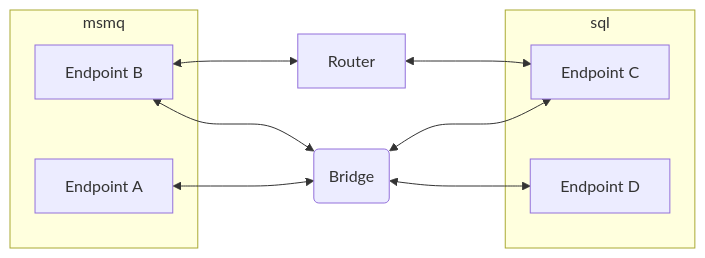
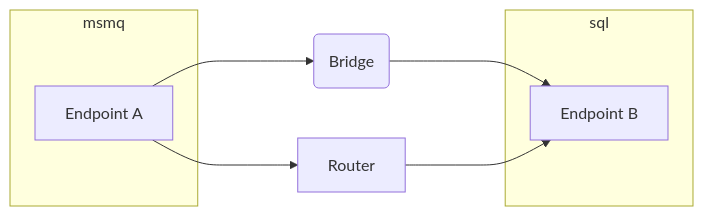
Before and after one commit to Particular/docs.particular.net: the diagram in nservicebus/bridge/migrating-from-router.md, drawn with Mermaid. The commit also changed other lines of this file and 4 other files, not shown here.

````diff
--- a/nservicebus/bridge/migrating-from-router.md
+++ b/nservicebus/bridge/migrating-from-router.md
@@ -42,18 +45,14 @@
 ```mermaid
 flowchart LR
   Br(Bridge)
-  A[Endpoint A] <---> Br
-  B[Endpoint B] <---> Br
-  Br <---> C[Endpoint C]
-  Br <---> D[Endpoint D]
-  Ro[Router] <---> C
-  B <---> Ro
+  A[Endpoint A] ---> Br
+  Br ---> B[Endpoint B]
+  Ro[Router] ---> B
+  A ---> Ro
   subgraph msmq
     A
+  end
+  subgraph sql
     B
   end
-  subgraph sql
-    C
-    D
-  end
 ```
````
